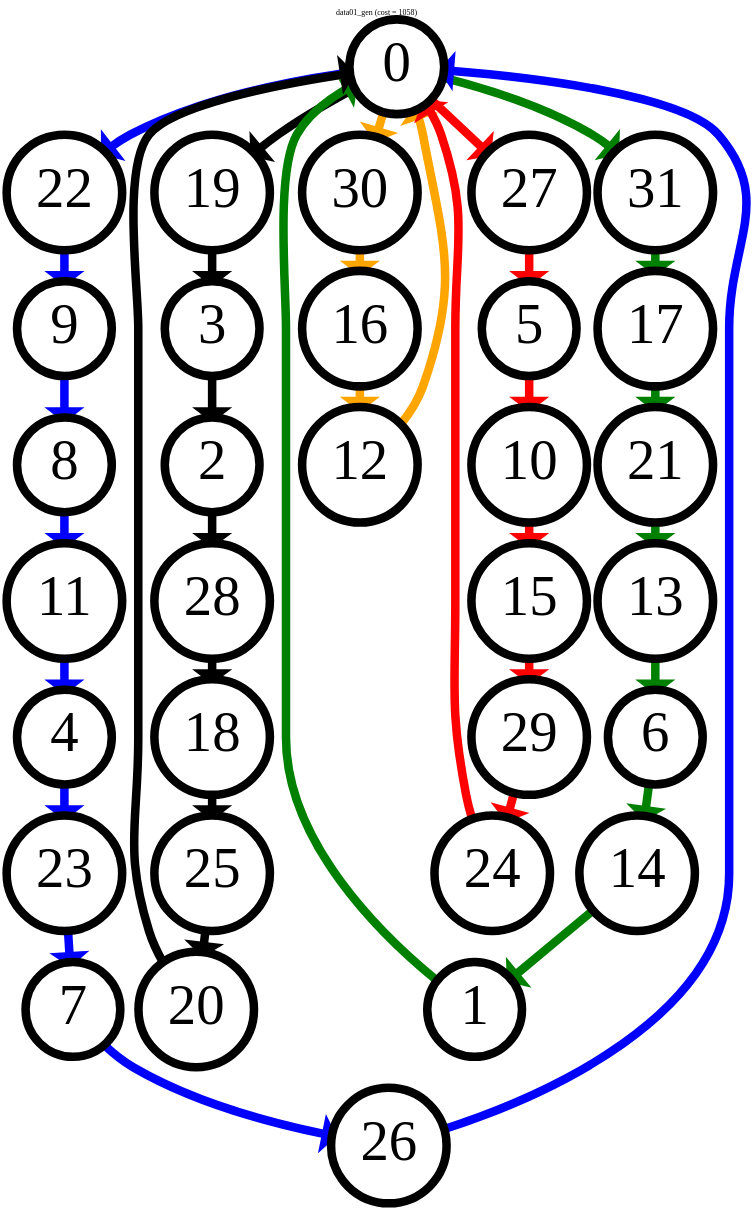
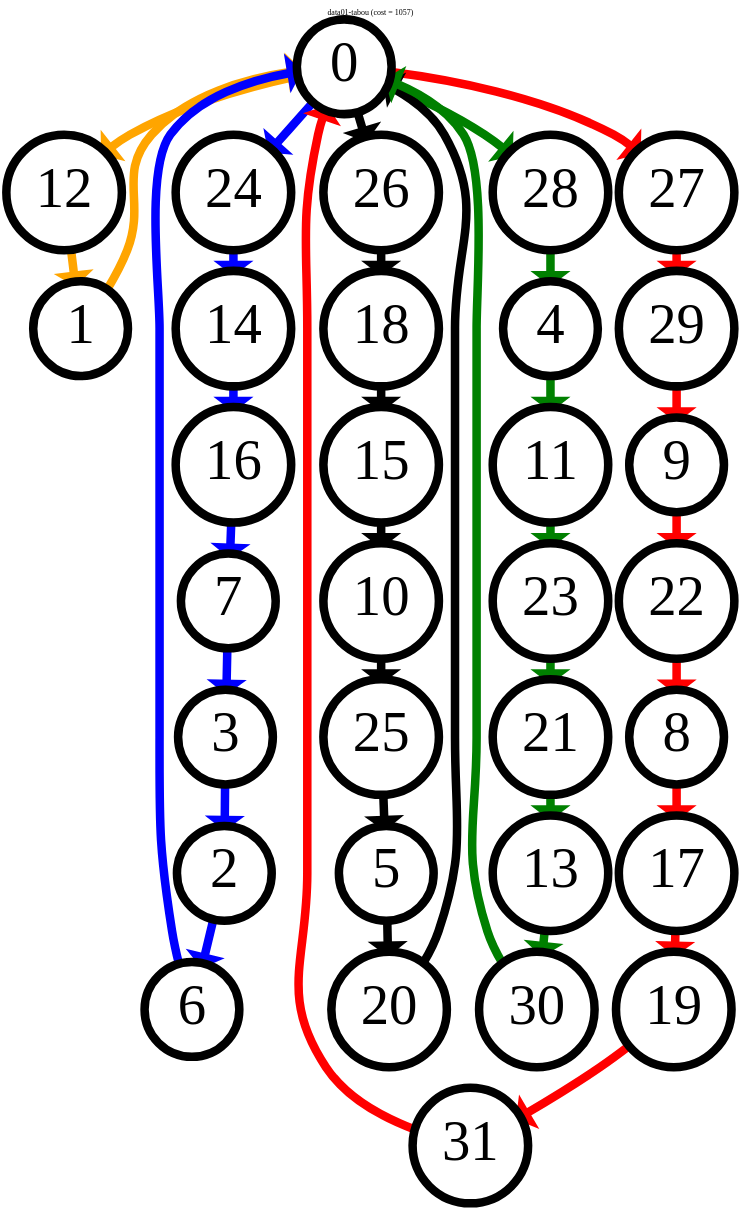
The diagram in graphviz/tmp.dot (Elomidas/CVRP), drawn with Graphviz before and after one commit. The commit also changed 10 other files, not shown here.

```diff
--- a/graphviz/tmp.dot
+++ b/graphviz/tmp.dot
@@ -1,75 +1,75 @@
 digraph g {
 labelloc="t";
-label="data01_gen (cost = 1058)";
+label="data01-tabou (cost = 1057)";
 margin="3,3!";
 outputorder="edgesfirst";
 node [fontsize = 100, shape=circle, fillcolor=white, style=filled];
 0 [pos = "82,76!", penwidth=15];
 1 [pos = "96,44!", penwidth=15];
 2 [pos = "50,5!", penwidth=15];
 3 [pos = "49,8!", penwidth=15];
 4 [pos = "13,7!", penwidth=15];
 5 [pos = "29,89!", penwidth=15];
 6 [pos = "58,30!", penwidth=15];
 7 [pos = "84,39!", penwidth=15];
 8 [pos = "14,24!", penwidth=15];
 9 [pos = "2,39!", penwidth=15];
 10 [pos = "3,82!", penwidth=15];
 11 [pos = "5,10!", penwidth=15];
 12 [pos = "98,52!", penwidth=15];
 13 [pos = "84,25!", penwidth=15];
 14 [pos = "61,59!", penwidth=15];
 15 [pos = "1,65!", penwidth=15];
 16 [pos = "88,51!", penwidth=15];
 17 [pos = "91,2!", penwidth=15];
 18 [pos = "19,32!", penwidth=15];
 19 [pos = "93,3!", penwidth=15];
 20 [pos = "50,93!", penwidth=15];
 21 [pos = "98,14!", penwidth=15];
 22 [pos = "5,42!", penwidth=15];
 23 [pos = "42,9!", penwidth=15];
 24 [pos = "61,62!", penwidth=15];
 25 [pos = "9,97!", penwidth=15];
 26 [pos = "80,55!", penwidth=15];
 27 [pos = "57,69!", penwidth=15];
 28 [pos = "23,15!", penwidth=15];
 29 [pos = "20,70!", penwidth=15];
 30 [pos = "85,60!", penwidth=15];
 31 [pos = "98,5!", penwidth=15];
-0->22 [color=blue, penwidth=15];
-22->9 [color=blue, penwidth=15];
-9->8 [color=blue, penwidth=15];
-8->11 [color=blue, penwidth=15];
-11->4 [color=blue, penwidth=15];
-4->23 [color=blue, penwidth=15];
-23->7 [color=blue, penwidth=15];
-7->26 [color=blue, penwidth=15];
-26->0 [color=blue, penwidth=15];
+0->24 [color=blue, penwidth=15];
+24->14 [color=blue, penwidth=15];
+14->16 [color=blue, penwidth=15];
+16->7 [color=blue, penwidth=15];
+7->3 [color=blue, penwidth=15];
+3->2 [color=blue, penwidth=15];
+2->6 [color=blue, penwidth=15];
+6->0 [color=blue, penwidth=15];
 0->27 [color=red, penwidth=15];
-27->5 [color=red, penwidth=15];
-5->10 [color=red, penwidth=15];
-10->15 [color=red, penwidth=15];
-15->29 [color=red, penwidth=15];
-29->24 [color=red, penwidth=15];
-24->0 [color=red, penwidth=15];
-0->19 [color=black, penwidth=15];
-19->3 [color=black, penwidth=15];
-3->2 [color=black, penwidth=15];
-2->28 [color=black, penwidth=15];
-28->18 [color=black, penwidth=15];
-18->25 [color=black, penwidth=15];
-25->20 [color=black, penwidth=15];
+27->29 [color=red, penwidth=15];
+29->9 [color=red, penwidth=15];
+9->22 [color=red, penwidth=15];
+22->8 [color=red, penwidth=15];
+8->17 [color=red, penwidth=15];
+17->19 [color=red, penwidth=15];
+19->31 [color=red, penwidth=15];
+31->0 [color=red, penwidth=15];
+0->26 [color=black, penwidth=15];
+26->18 [color=black, penwidth=15];
+18->15 [color=black, penwidth=15];
+15->10 [color=black, penwidth=15];
+10->25 [color=black, penwidth=15];
+25->5 [color=black, penwidth=15];
+5->20 [color=black, penwidth=15];
 20->0 [color=black, penwidth=15];
-0->31 [color=green, penwidth=15];
-31->17 [color=green, penwidth=15];
-17->21 [color=green, penwidth=15];
+0->28 [color=green, penwidth=15];
+28->4 [color=green, penwidth=15];
+4->11 [color=green, penwidth=15];
+11->23 [color=green, penwidth=15];
+23->21 [color=green, penwidth=15];
 21->13 [color=green, penwidth=15];
-13->6 [color=green, penwidth=15];
-6->14 [color=green, penwidth=15];
-14->1 [color=green, penwidth=15];
-1->0 [color=green, penwidth=15];
-0->30 [color=orange, penwidth=15];
-30->16 [color=orange, penwidth=15];
-16->12 [color=orange, penwidth=15];
-12->0 [color=orange, penwidth=15];
+13->30 [color=green, penwidth=15];
+30->0 [color=green, penwidth=15];
+0->12 [color=orange, penwidth=15];
+12->1 [color=orange, penwidth=15];
+1->0 [color=orange, penwidth=15];
 }
```
